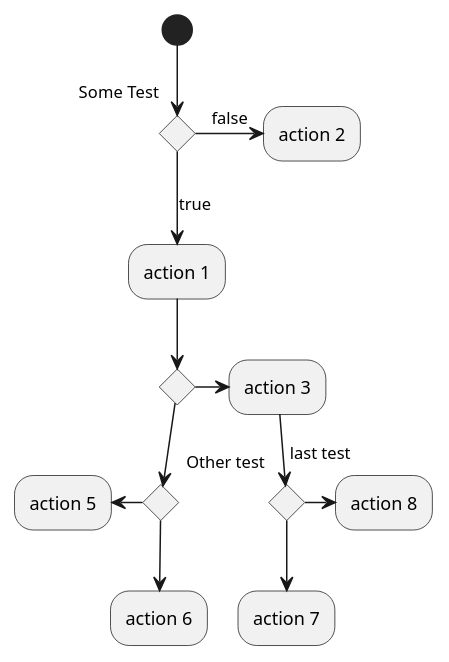
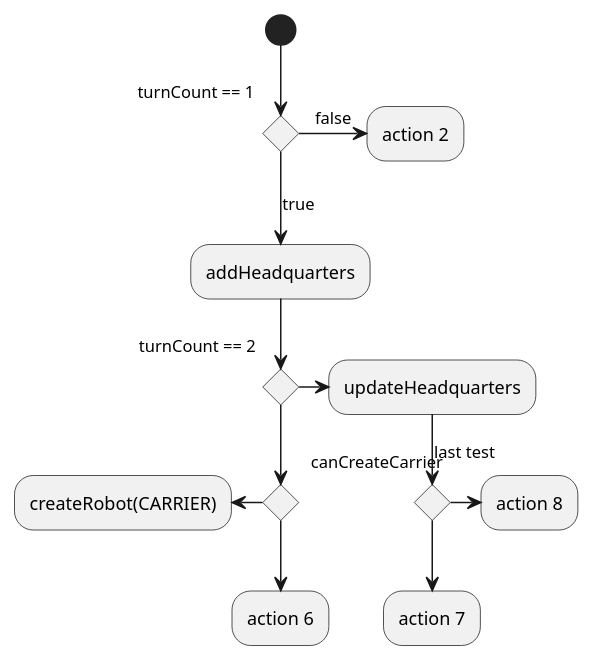
One commit to coding-to-music/plantuml-diagram-examples changed the diagram in drawings/Headquarters-Strategy.puml. Above: the diagram before and after it, drawn with PlantUML. The commit also changed other lines of this file and 1 other file, not shown here.

```diff
--- a/drawings/Headquarters-Strategy.puml
+++ b/drawings/Headquarters-Strategy.puml
@@ -1,27 +1,27 @@
 @startuml "Headquarters-Strategy"
-(*) --> if "Some Test" then
+(*) --> if "turnCount == 1" then
 
-  -->[true] "action 1"
+  -->[true] "addHeadquarters"
 
-  if "" then
-    -> "action 3" as a3
+  if "turnCount == 2" then
+    -> "updateHeadquarters" as a3
   else
-    if "Other test" then
-      -left-> "action 5"
+    if "canCreateCarrier" then
+      -left-> "createRobot(CARRIER)"
     else
       --> "action 6"
     endif
   endif
 
 else
 
   ->[false] "action 2"
 
 endif
 
 a3 --> if "last test" then
   --> "action 7"
 else
   -> "action 8"
 endif
 @enduml
```
